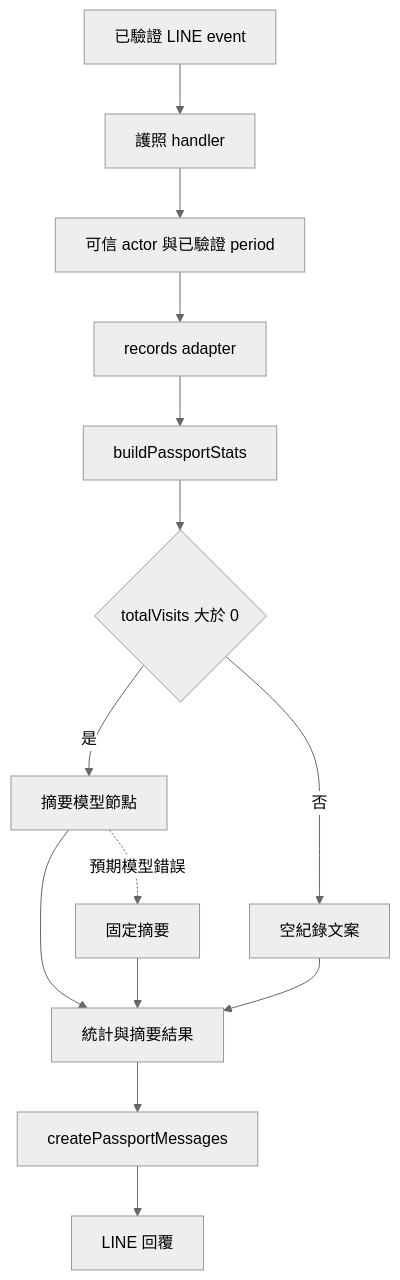
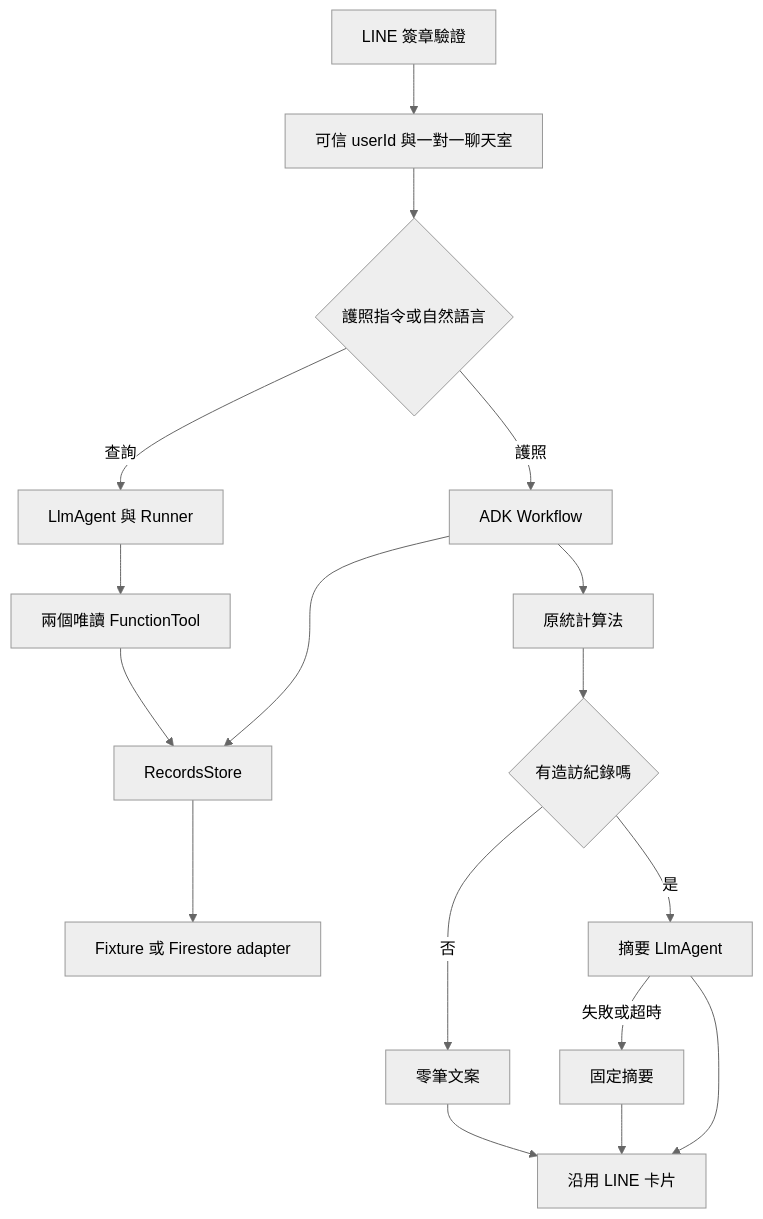
Before and after one commit to zonawang/line-cafe-google-adk: the diagram in docs/architecture.md, drawn with Mermaid (neutral theme). The commit also changed other lines of this file and 36 other files, not shown here.

Commit message:
feat: add ADK passport workflow, read-only tools and developer talk (#1)

````diff
--- a/docs/architecture.md
+++ b/docs/architecture.md
@@ -14,16 +5,19 @@
 ```mermaid
 flowchart TD
-    E[已驗證 LINE event] --> H[護照 handler]
-    H --> I[可信 actor 與已驗證 period]
-    I --> A[records adapter]
-    A --> B[buildPassportStats]
-    B --> C{totalVisits 大於 0}
-    C -->|否| N[空紀錄文案]
-    C -->|是| D[摘要模型節點]
-    D --> O[統計與摘要結果]
-    D -.預期模型錯誤.-> F[固定摘要]
-    F --> O
-    N --> O
-    O --> M[createPassportMessages]
-    M --> L[LINE 回覆]
+  E[LINE 簽章驗證] --> A[可信 userId 與一對一聊天室]
+  A --> H{護照指令或自然語言}
+  H -->|護照| W[ADK Workflow]
+  H -->|查詢| Q[LlmAgent 與 Runner]
+  W --> R[RecordsStore]
+  Q --> T[兩個唯讀 FunctionTool]
+  T --> R
+  R --> F[Fixture 或 Firestore adapter]
+  W --> S[原統計算法]
+  S --> C{有造訪紀錄嗎}
+  C -->|否| N[零筆文案]
+  C -->|是| M[摘要 LlmAgent]
+  M -->|失敗或超時| B[固定摘要]
+  M --> L[沿用 LINE 卡片]
+  B --> L
+  N --> L
 ```
````
